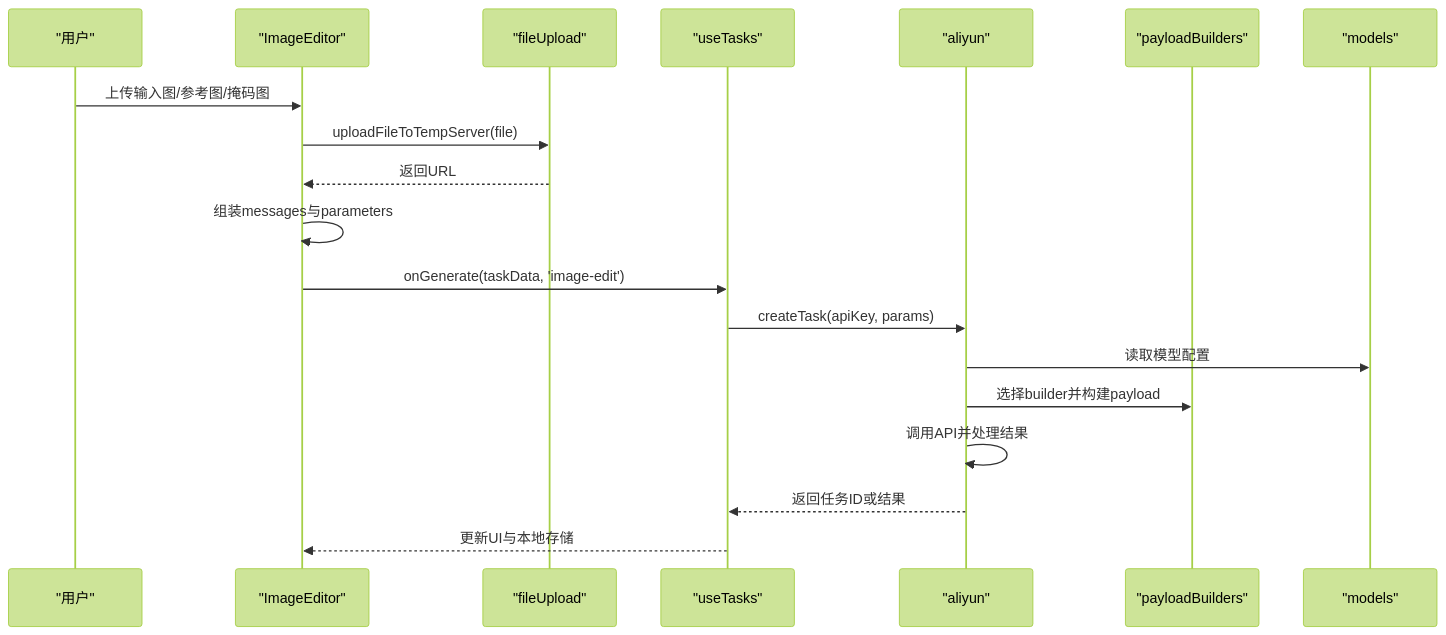
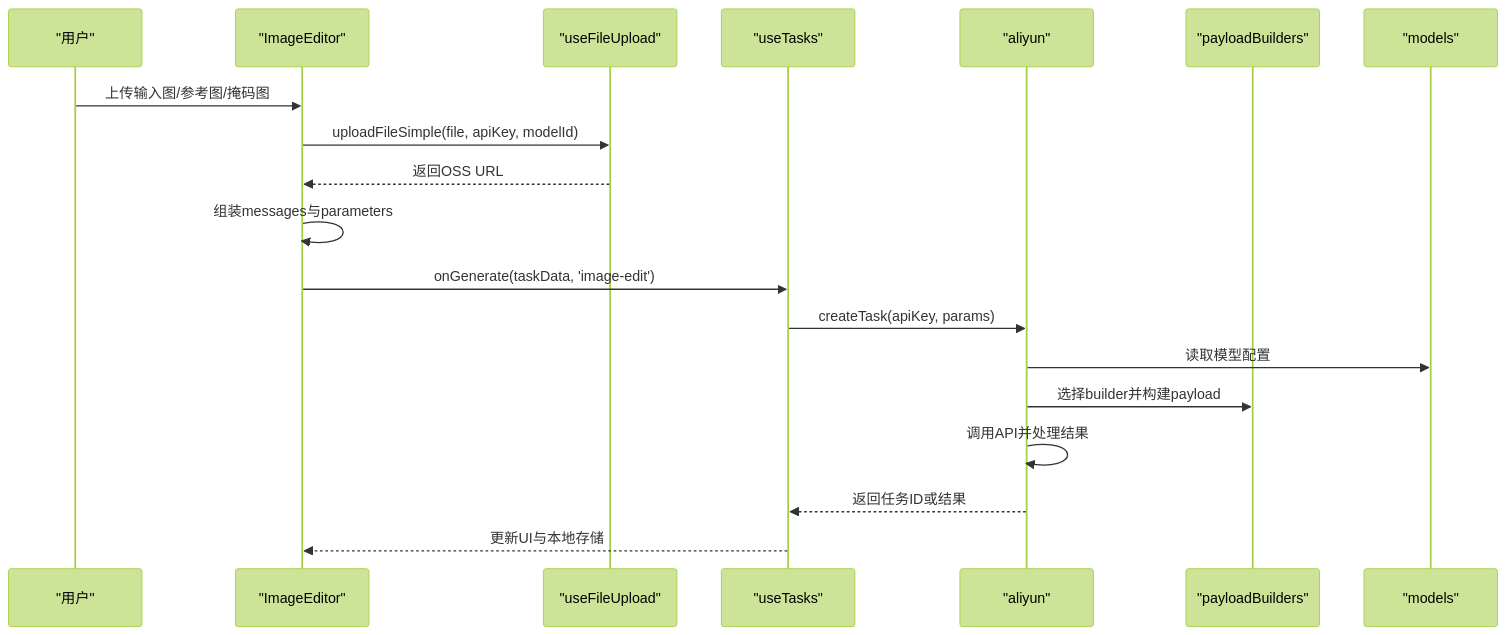
One commit to alex0001yyy/wan-app changed the fourth of 8 diagrams in .qoder/repowiki/zh/content/架构设计/组件架构/生成器组件/媒体编辑器.md. Above: the diagram before and after it, drawn with Mermaid (forest theme). The commit also changed other lines of this file and 35 other files, not shown here.

````diff
--- a/.qoder/repowiki/zh/content/架构设计/组件架构/生成器组件/媒体编辑器.md
+++ b/.qoder/repowiki/zh/content/架构设计/组件架构/生成器组件/媒体编辑器.md
@@ -206,21 +226,21 @@
 ```mermaid
 sequenceDiagram
 participant U as "用户"
 participant IE as "ImageEditor"
-participant FU as "fileUpload"
+participant UFU as "useFileUpload"
 participant H as "useTasks"
 participant S as "aliyun"
 participant PB as "payloadBuilders"
 participant M as "models"
 U->>IE : 上传输入图/参考图/掩码图
-IE->>FU : uploadFileToTempServer(file)
-FU-->>IE : 返回URL
+IE->>UFU : uploadFileSimple(file, apiKey, modelId)
+UFU-->>IE : 返回OSS URL
 IE->>IE : 组装messages与parameters
 IE->>H : onGenerate(taskData, 'image-edit')
 H->>S : createTask(apiKey, params)
 S->>M : 读取模型配置
 S->>PB : 选择builder并构建payload
 S->>S : 调用API并处理结果
 S-->>H : 返回任务ID或结果
 H-->>IE : 更新UI与本地存储
 ```
````
